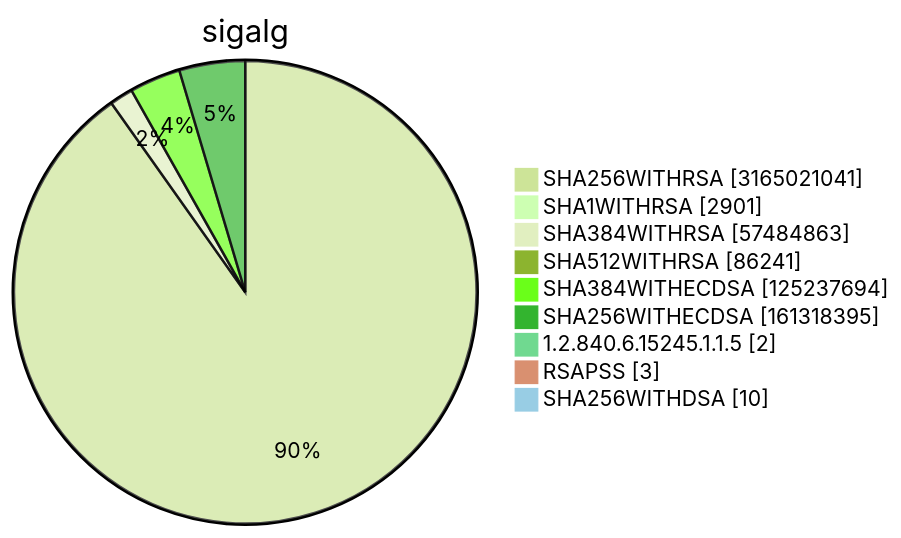
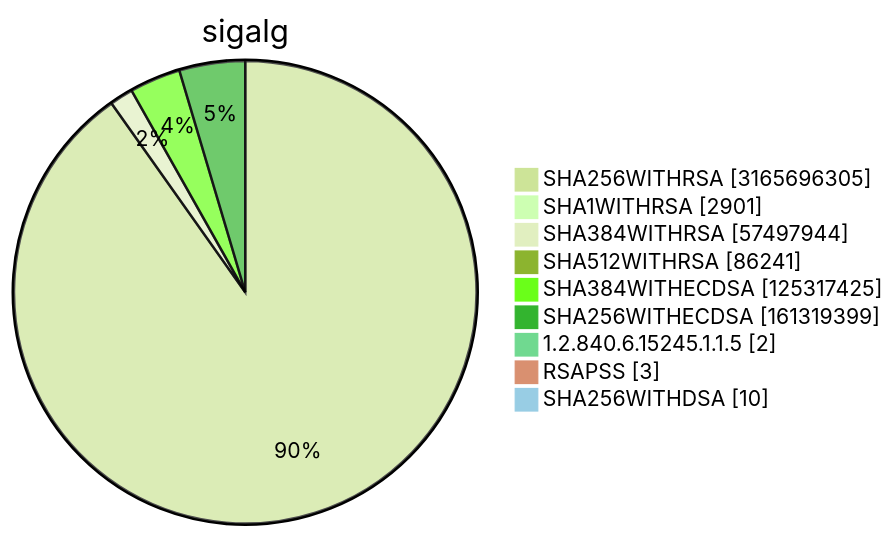
One commit to christiankrug/ctmonitor_visualization changed diagram 15 of 15 in TOTAL/README.md. Above: the diagram before and after it, drawn with Mermaid (forest theme). The commit also changed other lines of this file, not shown here.

````diff
--- a/TOTAL/README.md
+++ b/TOTAL/README.md
@@ -6215,13 +6215,13 @@
 ```mermaid
 pie showData
 title sigalg
-"SHA256WITHRSA" :3165021041
+"SHA256WITHRSA" :3165696305
 "SHA1WITHRSA" :2901
-"SHA384WITHRSA" :57484863
+"SHA384WITHRSA" :57497944
 "SHA512WITHRSA" :86241
-"SHA384WITHECDSA" :125237694
-"SHA256WITHECDSA" :161318395
+"SHA384WITHECDSA" :125317425
+"SHA256WITHECDSA" :161319399
 "1.2.840.6.15245.1.1.5" :2
 "RSAPSS" :3
 "SHA256WITHDSA" :10
 ```
````
